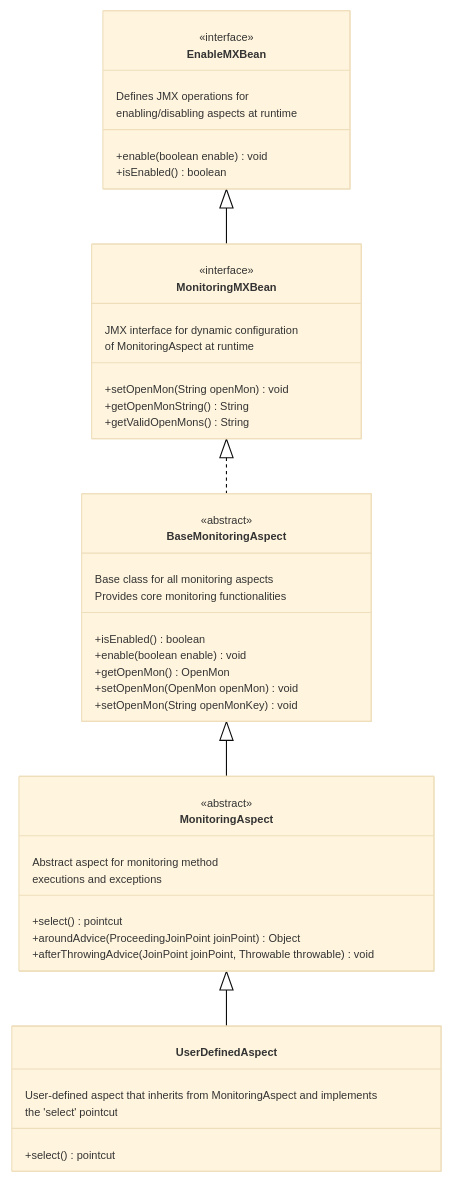
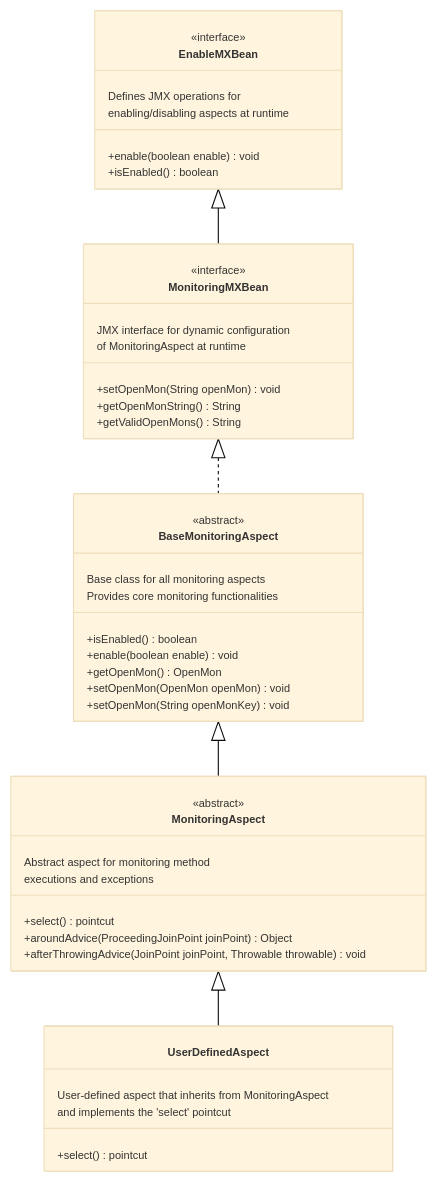
One commit to stevensouza/automon changed the first of 2 diagrams in docs/automon_class_diagrams.md. Above: the diagram before and after it, drawn with Mermaid. The commit also changed other lines of this file, not shown here.

````diff
--- a/docs/automon_class_diagrams.md
+++ b/docs/automon_class_diagrams.md
@@ -28,51 +28,51 @@
 ```mermaid
 %%{init: {'theme': 'base', 'themeVariables': { 'fontSize': '10px'}, "flowchart": {"htmlLabels": true, "curve": "linear"}, "sequence": {"useMaxWidth":false}}}%%
 classDiagram
     EnableMXBean <|-- MonitoringMXBean
     MonitoringMXBean <|.. BaseMonitoringAspect
     BaseMonitoringAspect <|-- MonitoringAspect
     MonitoringAspect <|-- UserDefinedAspect
 
     class EnableMXBean {
         <<interface>>
         Defines JMX operations for
         enabling/disabling aspects at runtime
         +enable(boolean enable) void
         +isEnabled() boolean
     }
 
     class MonitoringMXBean {
         <<interface>>
         JMX interface for dynamic configuration
         of MonitoringAspect at runtime
         +setOpenMon(String openMon) void
         +getOpenMonString() String
         +getValidOpenMons() String
     }
 
     class BaseMonitoringAspect {
         <<abstract>>
         Base class for all monitoring aspects
         Provides core monitoring functionalities
         +isEnabled() boolean
         +enable(boolean enable) void
         +getOpenMon() OpenMon
         +setOpenMon(OpenMon openMon) void
         +setOpenMon(String openMonKey) void
     }
 
     class MonitoringAspect {
         <<abstract>>
         Abstract aspect for monitoring method
         executions and exceptions
         +select() pointcut
         +aroundAdvice(ProceedingJoinPoint joinPoint) Object
         +afterThrowingAdvice(JoinPoint joinPoint, Throwable throwable) void
     }
 
     class UserDefinedAspect {
-        User-defined aspect that inherits from MonitoringAspect and implements 
-        the 'select' pointcut
+        User-defined aspect that inherits from MonitoringAspect 
+        and implements the 'select' pointcut
         +select() pointcut
     }
 ```
````
